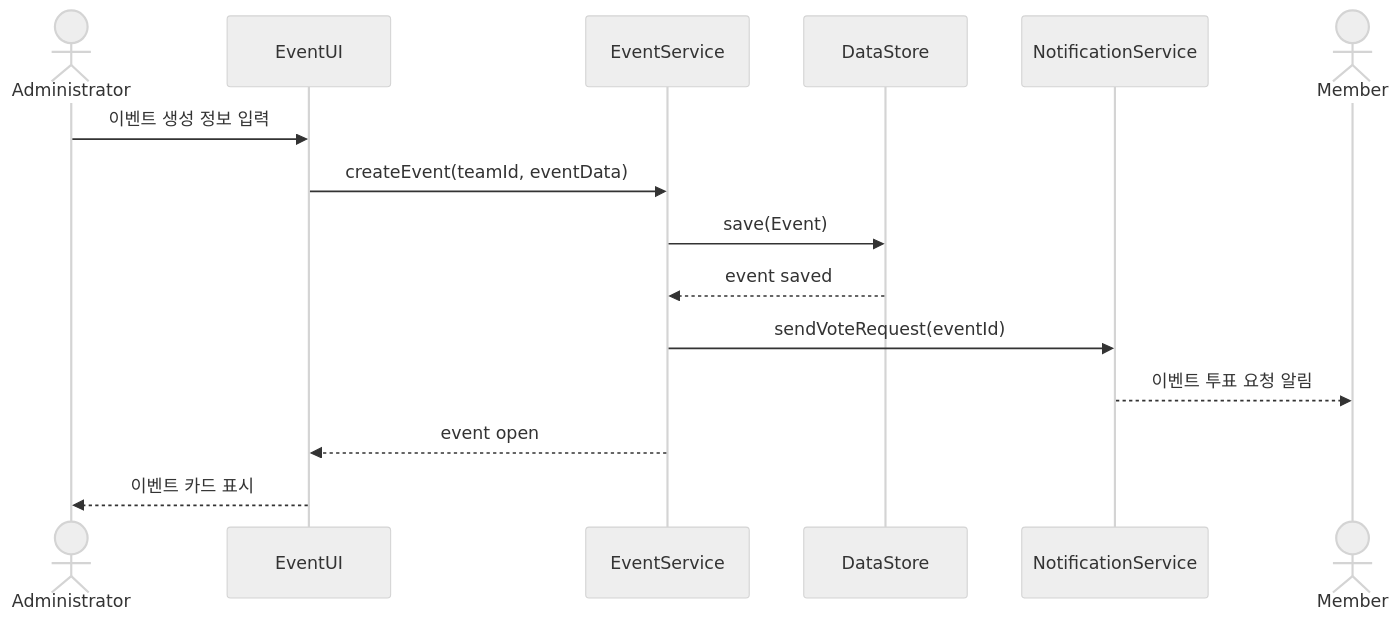
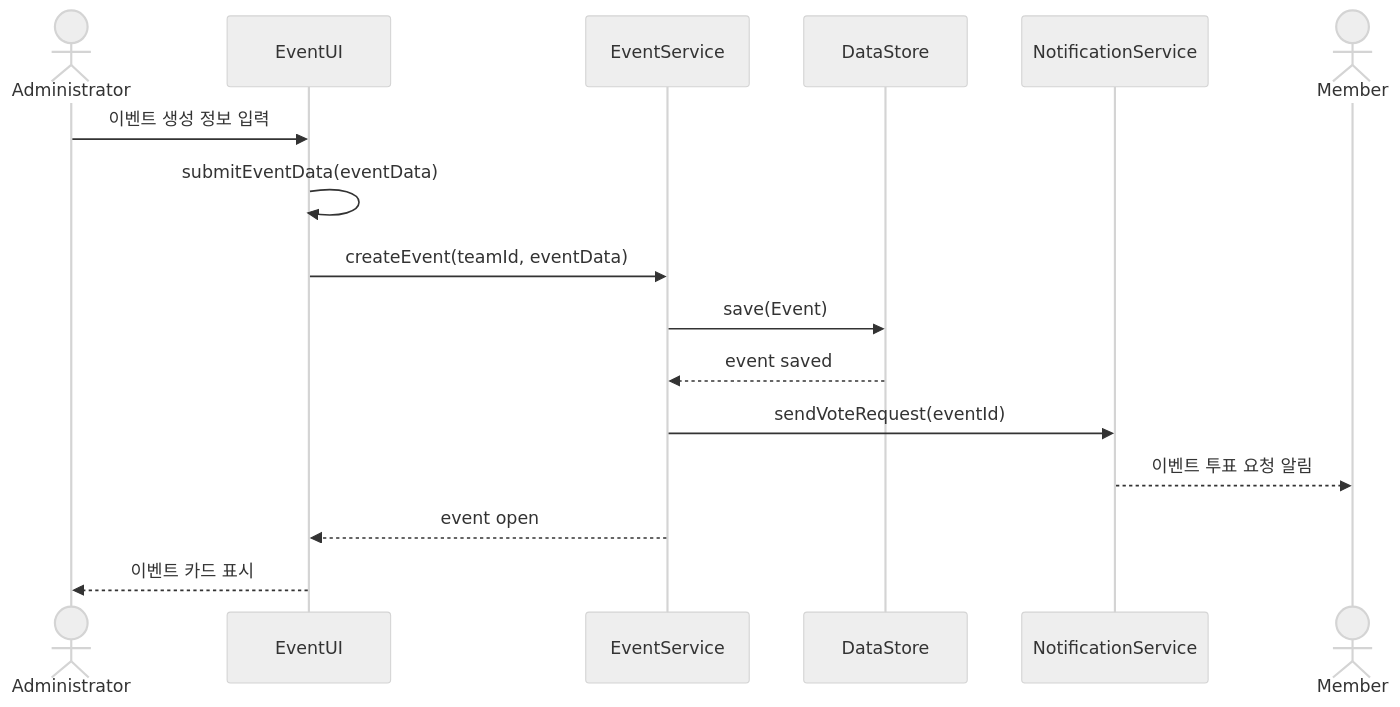
One commit to goldong23/Jo-Yul changed the tenth of 16 diagrams in Design_22411923_홍주은.md. Above: the diagram before and after it, drawn with Mermaid (neutral theme). The commit also changed other lines of this file, not shown here.

Commit message:
UML 다이어그램 강의 규칙 반영

````diff
--- a/Design_22411923_홍주은.md
+++ b/Design_22411923_홍주은.md
@@ -457,18 +541,19 @@
 ```mermaid
 sequenceDiagram
     actor Administrator
     participant EventUI
     participant EventService
     participant DataStore
     participant NotificationService
     actor Member
 
     Administrator->>EventUI: 이벤트 생성 정보 입력
+    EventUI->>EventUI: submitEventData(eventData)
     EventUI->>EventService: createEvent(teamId, eventData)
     EventService->>DataStore: save(Event)
     DataStore-->>EventService: event saved
     EventService->>NotificationService: sendVoteRequest(eventId)
     NotificationService-->>Member: 이벤트 투표 요청 알림
     EventService-->>EventUI: event open
     EventUI-->>Administrator: 이벤트 카드 표시
 ```
````
